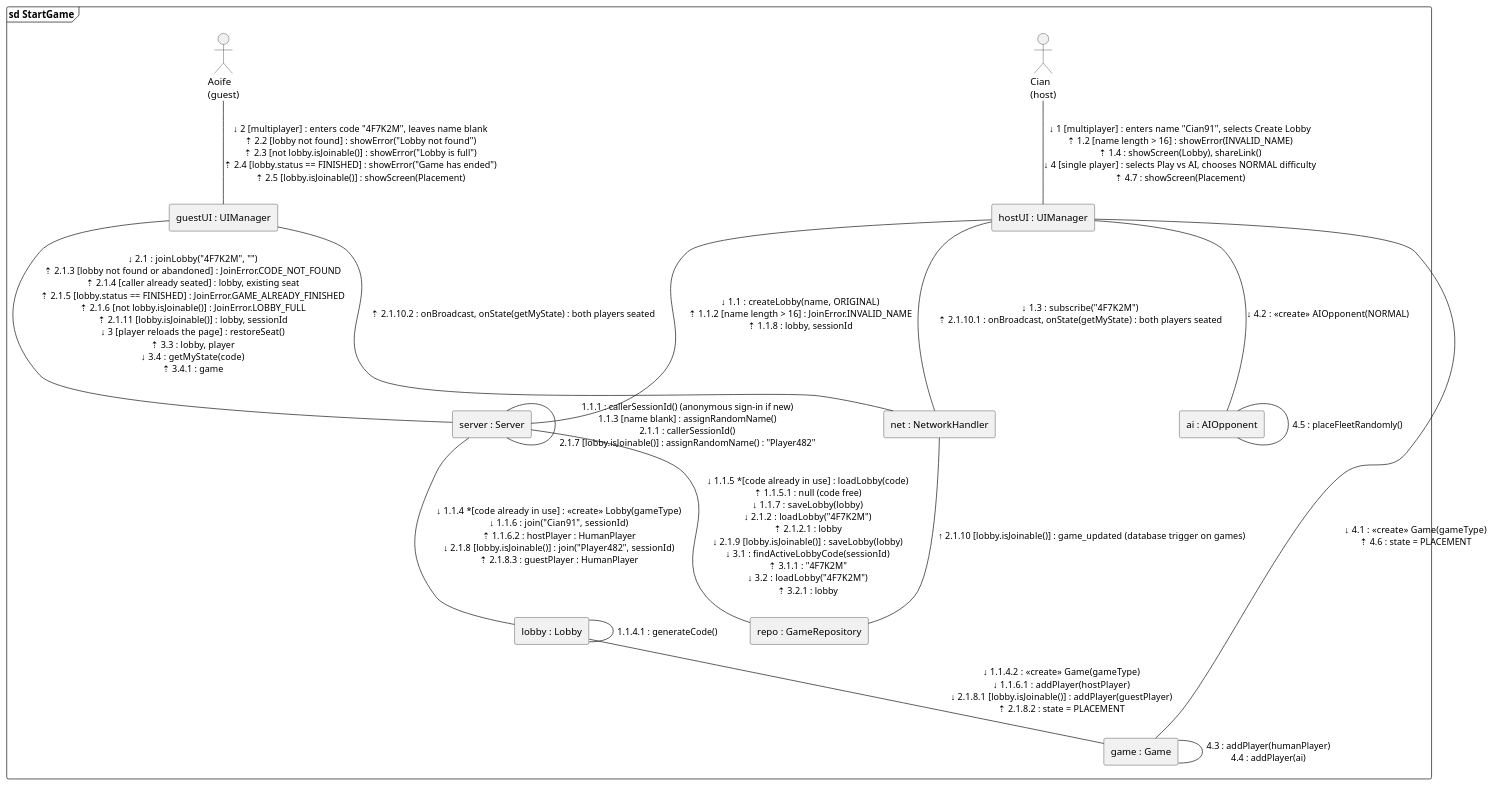
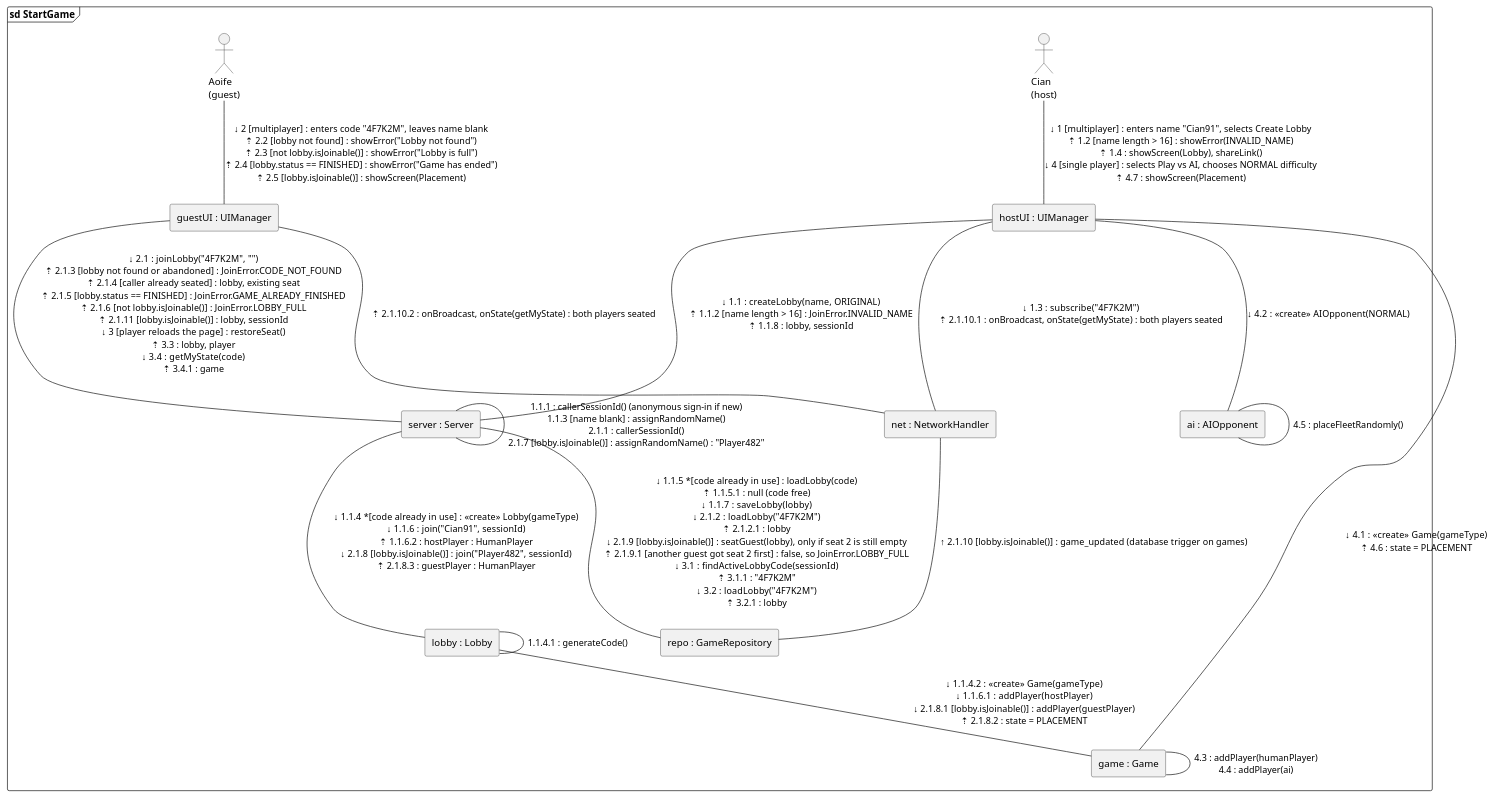
The diagram in docs/uml/communication/start-game.puml (queeeety/battleship-online), drawn with PlantUML before and after one commit. The commit also changed 14 other files, not shown here.

Commit message:
Seat only one guest when two join at once, and trim Stage 6 and 7 comments

```diff
--- a/docs/uml/communication/start-game.puml
+++ b/docs/uml/communication/start-game.puml
@@ -1,30 +1,30 @@
 @startuml 6_1_StartGame_CommunicationDiagram
 frame "sd StartGame" {
   actor "Cian\n(host)" as Host
   rectangle "hostUI : UIManager" as HostUI
   rectangle "ai : AIOpponent" as AI
   rectangle "game : Game" as Game
   rectangle "server : Server" as Server
   rectangle "net : NetworkHandler" as Net
   rectangle "lobby : Lobby" as Lobby
   rectangle "repo : GameRepository" as Repo
   rectangle "guestUI : UIManager" as GuestUI
   actor "Aoife\n(guest)" as Guest
   Host -down- HostUI : ↓ 1 [multiplayer] : enters name "Cian91", selects Create Lobby\n⇡ 1.2 [name length > 16] : showError(INVALID_NAME)\n⇡ 1.4 : showScreen(Lobby), shareLink()\n↓ 4 [single player] : selects Play vs AI, chooses NORMAL difficulty\n⇡ 4.7 : showScreen(Placement)
   Guest -down- GuestUI : ↓ 2 [multiplayer] : enters code "4F7K2M", leaves name blank\n⇡ 2.2 [lobby not found] : showError("Lobby not found")\n⇡ 2.3 [not lobby.isJoinable()] : showError("Lobby is full")\n⇡ 2.4 [lobby.status == FINISHED] : showError("Game has ended")\n⇡ 2.5 [lobby.isJoinable()] : showScreen(Placement)
   HostUI -down- Net : ↓ 1.3 : subscribe("4F7K2M")\n⇡ 2.1.10.1 : onBroadcast, onState(getMyState) : both players seated
   GuestUI -down- Net : ⇡ 2.1.10.2 : onBroadcast, onState(getMyState) : both players seated
   HostUI -down- AI : ↓ 4.2 : <<create>> AIOpponent(NORMAL)
   HostUI -down- Server : ↓ 1.1 : createLobby(name, ORIGINAL)\n⇡ 1.1.2 [name length > 16] : JoinError.INVALID_NAME\n⇡ 1.1.8 : lobby, sessionId
   GuestUI -down- Server : ↓ 2.1 : joinLobby("4F7K2M", "")\n⇡ 2.1.3 [lobby not found or abandoned] : JoinError.CODE_NOT_FOUND\n⇡ 2.1.4 [caller already seated] : lobby, existing seat\n⇡ 2.1.5 [lobby.status == FINISHED] : JoinError.GAME_ALREADY_FINISHED\n⇡ 2.1.6 [not lobby.isJoinable()] : JoinError.LOBBY_FULL\n⇡ 2.1.11 [lobby.isJoinable()] : lobby, sessionId\n↓ 3 [player reloads the page] : restoreSeat()\n⇡ 3.3 : lobby, player\n↓ 3.4 : getMyState(code)\n⇡ 3.4.1 : game
   HostUI -down- Game : ↓ 4.1 : <<create>> Game(gameType)\n⇡ 4.6 : state = PLACEMENT
   AI -- AI : 4.5 : placeFleetRandomly()
   Net -down- Repo : ↑ 2.1.10 [lobby.isJoinable()] : game_updated (database trigger on games)
   Server -- Server : 1.1.1 : callerSessionId() (anonymous sign-in if new)\n1.1.3 [name blank] : assignRandomName()\n2.1.1 : callerSessionId()\n2.1.7 [lobby.isJoinable()] : assignRandomName() : &#34;Player482&#34;
   Server -down- Lobby : ↓ 1.1.4 *[code already in use] : <<create>> Lobby(gameType)\n↓ 1.1.6 : join("Cian91", sessionId)\n⇡ 1.1.6.2 : hostPlayer : HumanPlayer\n↓ 2.1.8 [lobby.isJoinable()] : join("Player482", sessionId)\n⇡ 2.1.8.3 : guestPlayer : HumanPlayer
-  Server -down- Repo : ↓ 1.1.5 *[code already in use] : loadLobby(code)\n⇡ 1.1.5.1 : null (code free)\n↓ 1.1.7 : saveLobby(lobby)\n↓ 2.1.2 : loadLobby("4F7K2M")\n⇡ 2.1.2.1 : lobby\n↓ 2.1.9 [lobby.isJoinable()] : saveLobby(lobby)\n↓ 3.1 : findActiveLobbyCode(sessionId)\n⇡ 3.1.1 : "4F7K2M"\n↓ 3.2 : loadLobby("4F7K2M")\n⇡ 3.2.1 : lobby
+  Server -down- Repo : ↓ 1.1.5 *[code already in use] : loadLobby(code)\n⇡ 1.1.5.1 : null (code free)\n↓ 1.1.7 : saveLobby(lobby)\n↓ 2.1.2 : loadLobby("4F7K2M")\n⇡ 2.1.2.1 : lobby\n↓ 2.1.9 [lobby.isJoinable()] : seatGuest(lobby), only if seat 2 is still empty\n⇡ 2.1.9.1 [another guest got seat 2 first] : false, so JoinError.LOBBY_FULL\n↓ 3.1 : findActiveLobbyCode(sessionId)\n⇡ 3.1.1 : "4F7K2M"\n↓ 3.2 : loadLobby("4F7K2M")\n⇡ 3.2.1 : lobby
   Lobby -down- Game : ↓ 1.1.4.2 : <<create>> Game(gameType)\n↓ 1.1.6.1 : addPlayer(hostPlayer)\n↓ 2.1.8.1 [lobby.isJoinable()] : addPlayer(guestPlayer)\n⇡ 2.1.8.2 : state = PLACEMENT
   Lobby -- Lobby : 1.1.4.1 : generateCode()
   Game -- Game : 4.3 : addPlayer(humanPlayer)\n4.4 : addPlayer(ai)
 }
 @enduml
```
